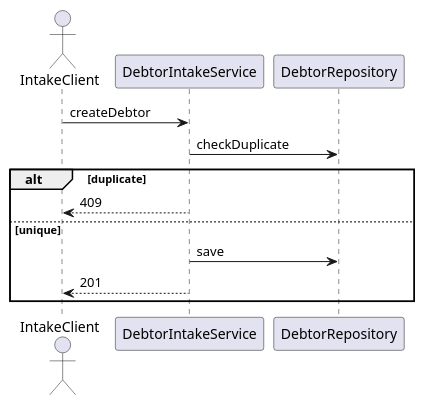
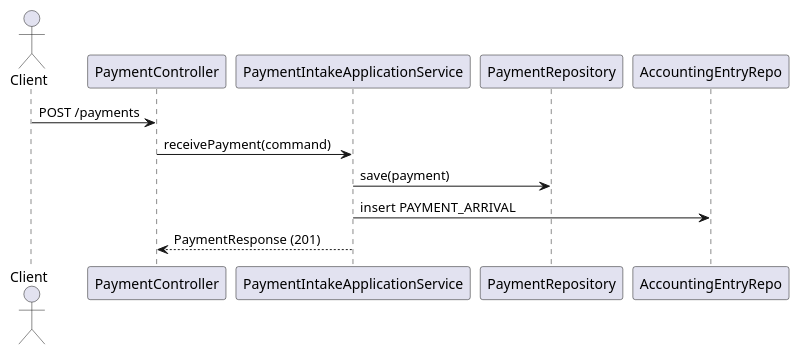
One commit to jfmauro/allocation-better changed the second of 4 diagrams in .opencode/plans/extension-analysis.md. Above: the diagram before and after it, drawn with PlantUML. The commit also changed other lines of this file and 39 other files, not shown here.

````diff
--- a/.opencode/plans/extension-analysis.md
+++ b/.opencode/plans/extension-analysis.md
@@ -117,15 +140,15 @@
 ```plantuml
 @startuml
-actor IntakeClient
-participant DebtorIntakeService
-participant DebtorRepository
-IntakeClient -> DebtorIntakeService: createDebtor
-DebtorIntakeService -> DebtorRepository: checkDuplicate
-alt duplicate
-DebtorIntakeService --> IntakeClient: 409
-else unique
-DebtorIntakeService -> DebtorRepository: save
-DebtorIntakeService --> IntakeClient: 201
-end
+actor Client
+participant "PaymentController" as C
+participant "PaymentIntakeApplicationService" as A
+participant "PaymentRepository" as P
+participant "AccountingEntryRepo" as R
+
+Client -> C: POST /payments
+C -> A: receivePayment(command)
+A -> P: save(payment)
+A -> R: insert PAYMENT_ARRIVAL
+A --> C: PaymentResponse (201)
 @enduml
 ```
````
